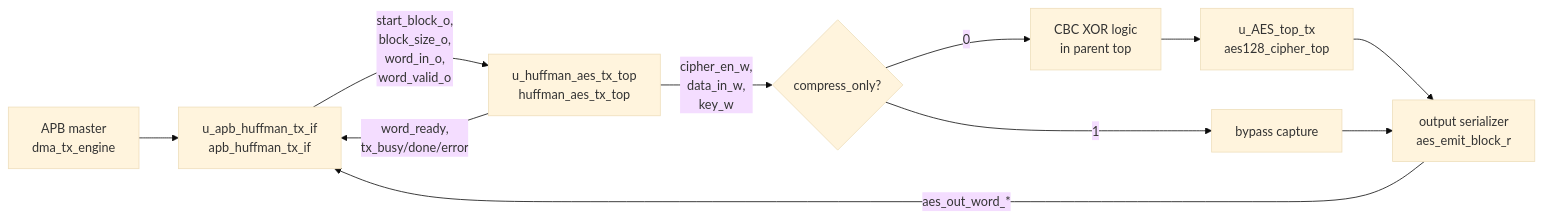
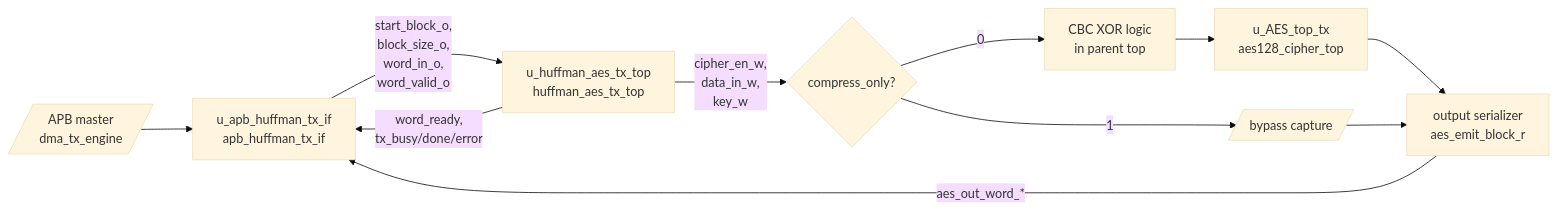
Before and after one commit to ngoquocan139/AES_huffman_all6: the first of 2 diagrams in docs/apb_huffman_aes_tx_top_spec.md, drawn with Mermaid (base theme). The commit also changed other lines of this file and 28 other files, not shown here.

````diff
--- a/docs/apb_huffman_aes_tx_top_spec.md
+++ b/docs/apb_huffman_aes_tx_top_spec.md
@@ -37,25 +37,24 @@
 ```mermaid
 flowchart LR
-    APB["APB master
-    dma_tx_engine"] --> IF["u_apb_huffman_tx_if
+    APB[/"APB master<br/>dma_tx_engine"/] --> IF["u_apb_huffman_tx_if
     apb_huffman_tx_if"]
     IF -->|"start_block_o,
     block_size_o,
     word_in_o,
     word_valid_o"| TX["u_huffman_aes_tx_top
     huffman_aes_tx_top"]
     TX -->|"word_ready,
     tx_busy/done/error"| IF
     TX -->|"cipher_en_w,
     data_in_w,
     key_w"| POL{"compress_only?"}
     POL -->|"0"| CBC["CBC XOR logic
     in parent top"]
     CBC --> AES["u_AES_top_tx
     aes128_cipher_top"]
-    POL -->|"1"| BYP["bypass capture"]
+    POL -->|"1"| BYP[/"bypass capture"/]
     AES --> OUT["output serializer
     aes_emit_block_r"]
     BYP --> OUT
     OUT -->|"aes_out_word_*"| IF
 ```
````
